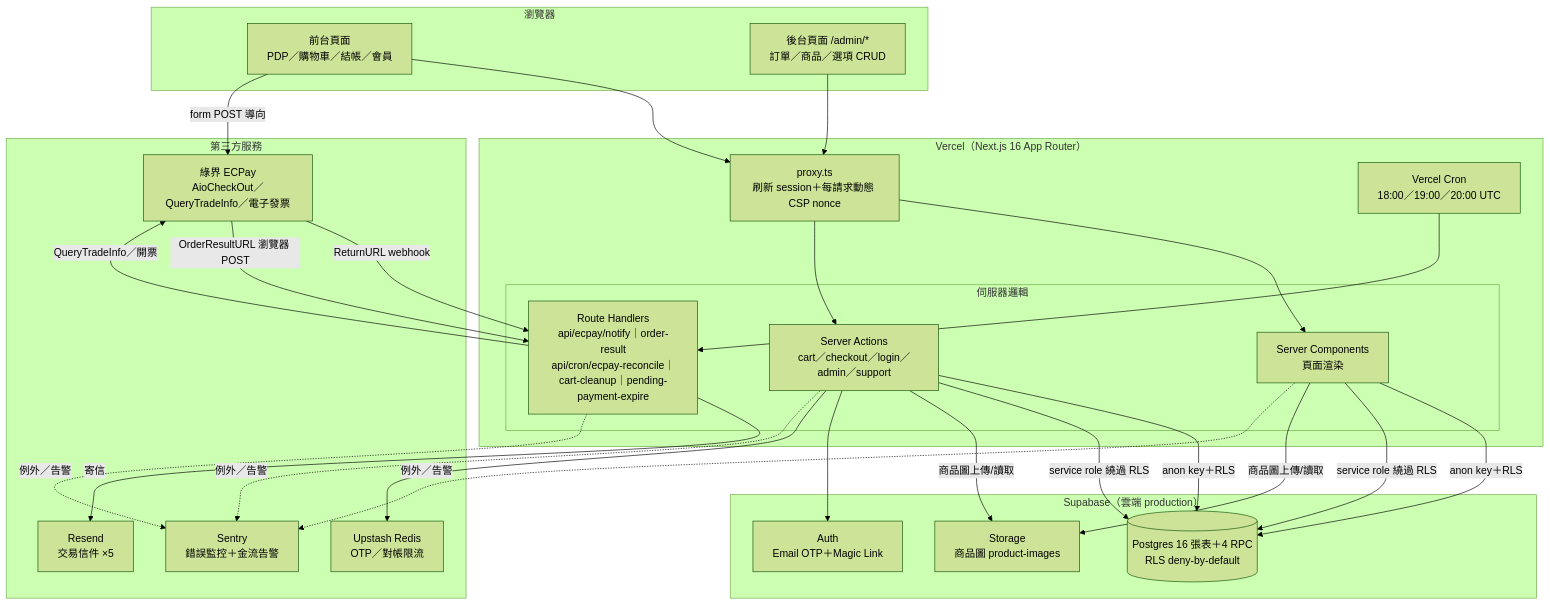
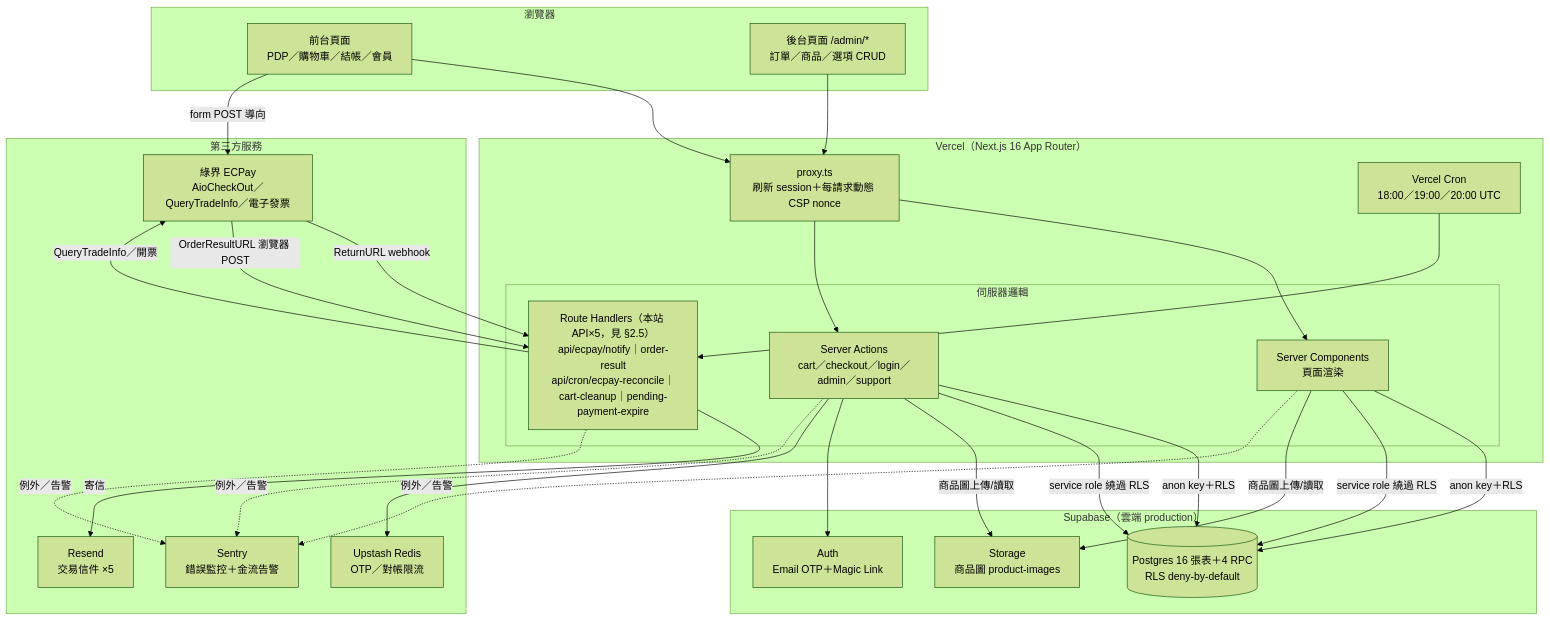
The first of 5 diagrams in docs/architecture.md (incantochen/incantochen), drawn with Mermaid (forest theme) before and after one commit. The commit also changed other lines of this file and 1 other file, not shown here.

First line of the commit message:
docs(architecture): 補上本站對外 API 端點專表（5 支 Route Handlers）

````diff
--- a/docs/architecture.md
+++ b/docs/architecture.md
@@ -14,44 +14,44 @@
 ```mermaid
 flowchart TB
     subgraph Client["瀏覽器"]
         B[前台頁面<br/>PDP／購物車／結帳／會員]
         A[後台頁面 /admin/*<br/>訂單／商品／選項 CRUD]
     end
 
     subgraph Vercel["Vercel（Next.js 16 App Router）"]
         PX[proxy.ts<br/>刷新 session＋每請求動態 CSP nonce]
         subgraph Server["伺服器邏輯"]
             SC[Server Components<br/>頁面渲染]
             SA[Server Actions<br/>cart／checkout／login／admin／support]
-            RH[Route Handlers<br/>api/ecpay/notify｜order-result<br/>api/cron/ecpay-reconcile｜cart-cleanup｜pending-payment-expire]
+            RH["Route Handlers（本站 API×5，見 §2.5）<br/>api/ecpay/notify｜order-result<br/>api/cron/ecpay-reconcile｜cart-cleanup｜pending-payment-expire"]
         end
         CRON[Vercel Cron<br/>18:00／19:00／20:00 UTC]
     end
 
     subgraph Supabase["Supabase（雲端 production）"]
         AUTH[Auth<br/>Email OTP＋Magic Link]
         DB[(Postgres 16 張表＋4 RPC<br/>RLS deny-by-default)]
         ST[Storage<br/>商品圖 product-images]
     end
 
     subgraph Third["第三方服務"]
         EC[綠界 ECPay<br/>AioCheckOut／QueryTradeInfo／電子發票]
         RS[Resend<br/>交易信件 ×5]
         UP[Upstash Redis<br/>OTP／對帳限流]
         SEN[Sentry<br/>錯誤監控＋金流告警]
     end
 
     B --> PX --> SC & SA
     A --> PX
     SC & SA -->|anon key＋RLS| DB
     SC & SA -->|service role 繞過 RLS| DB
     SC & SA -->|商品圖上傳/讀取| ST
     SA --> AUTH
     SA --> UP
     B -->|form POST 導向| EC
     EC -->|ReturnURL webhook| RH
     EC -->|OrderResultURL 瀏覽器 POST| RH
     CRON --> RH -->|QueryTradeInfo／開票| EC
     RH -->|寄信| RS
     SA & RH & SC -.->|例外／告警| SEN
 ```
````
